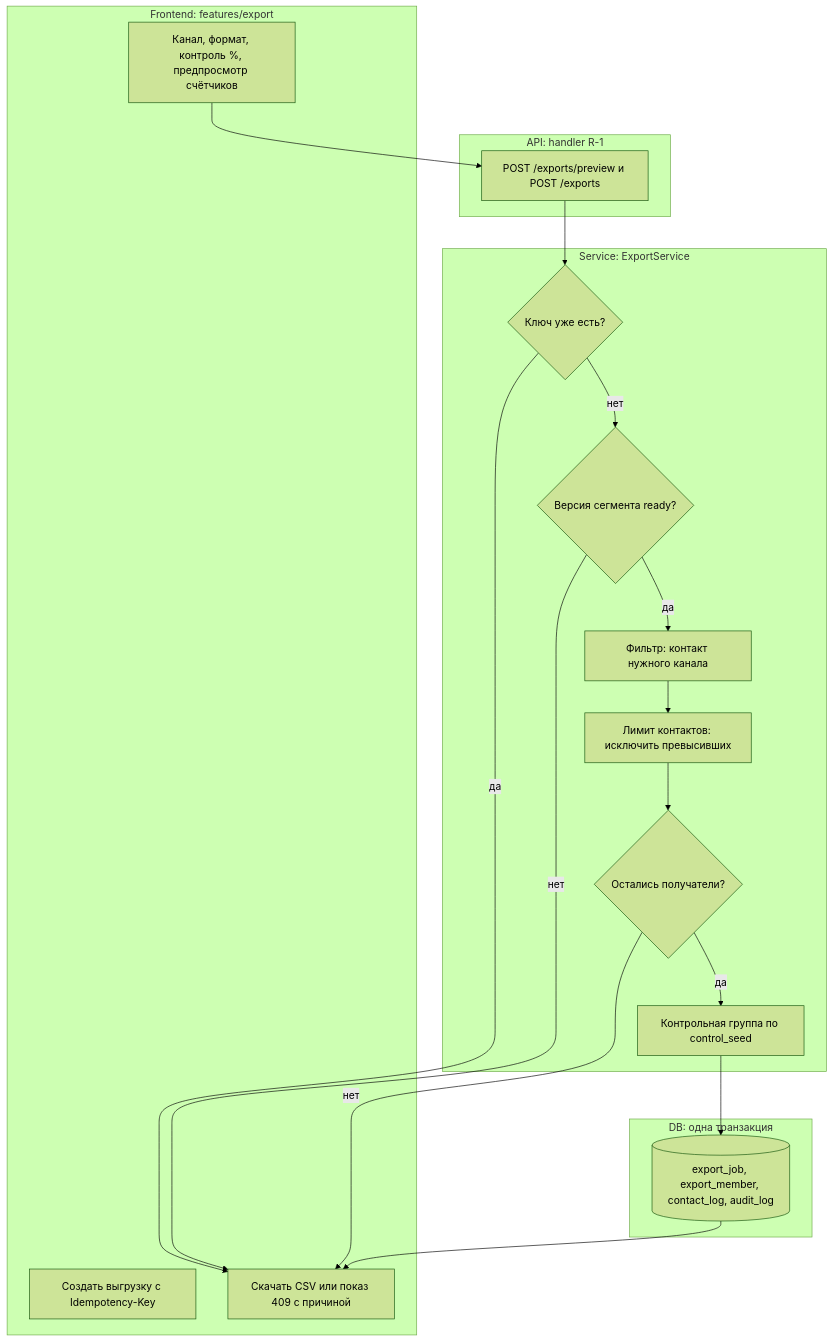
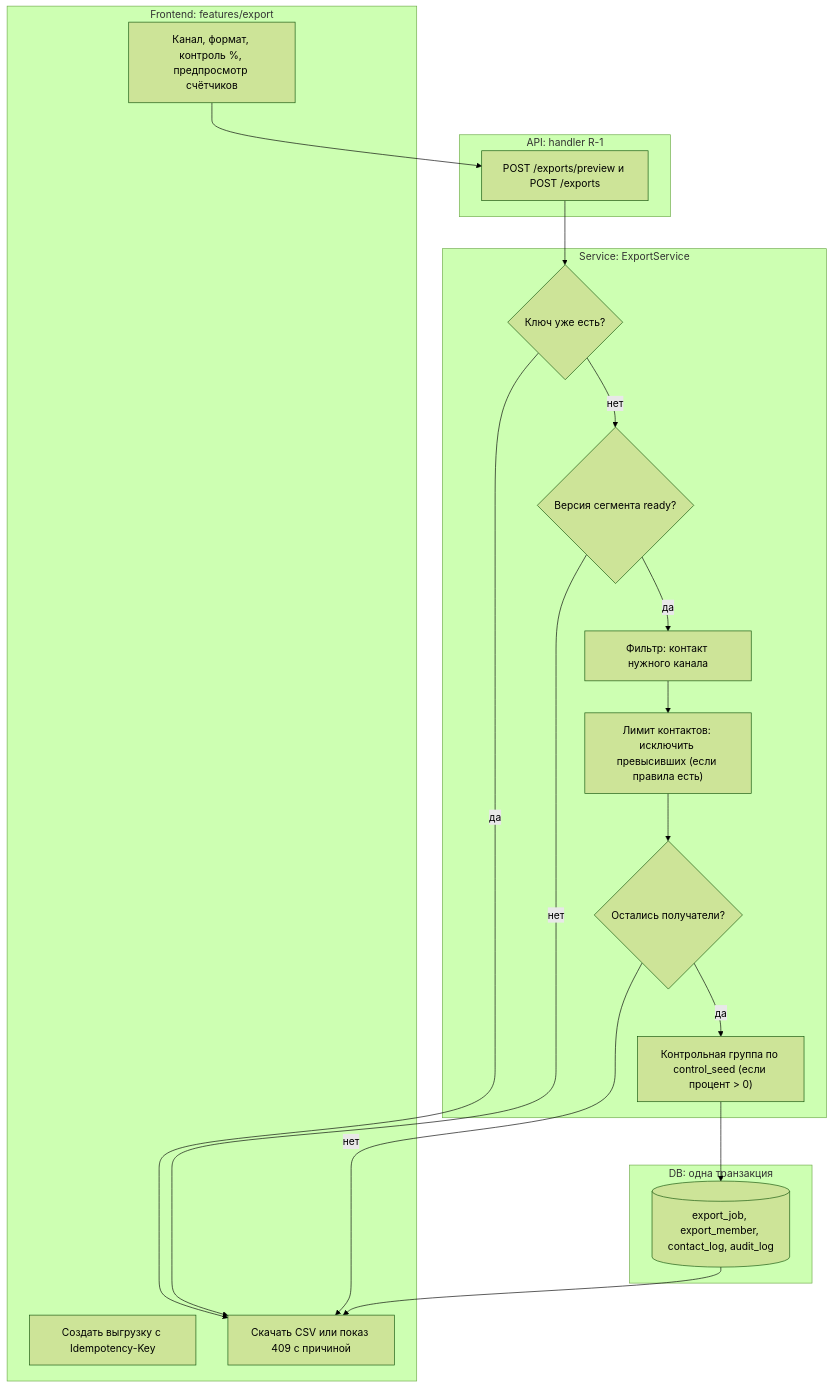
One commit to MangriMen/UCRP changed the sixth of 6 diagrams in docs/08-activity-diagrams.md. Above: the diagram before and after it, drawn with Mermaid (forest theme). The commit also changed other lines of this file and 20 other files, not shown here.

````diff
--- a/docs/08-activity-diagrams.md
+++ b/docs/08-activity-diagrams.md
@@ -217,29 +217,29 @@
 ```mermaid
 flowchart TB
   subgraph FE["Frontend: features/export"]
     F1["Канал, формат, контроль %, предпросмотр счётчиков"]
     F2["Создать выгрузку с Idempotency-Key"]
     F3["Скачать CSV или показ 409 с причиной"]
   end
   subgraph API["API: handler R-1"]
     A1["POST /exports/preview и POST /exports"]
   end
   subgraph SVC["Service: ExportService"]
     S1{"Ключ уже есть?"}
     S2{"Версия сегмента ready?"}
     S3["Фильтр: контакт нужного канала"]
-    S4["Лимит контактов: исключить превысивших"]
+    S4["Лимит контактов: исключить превысивших (если правила есть)"]
     S5{"Остались получатели?"}
-    S6["Контрольная группа по control_seed"]
+    S6["Контрольная группа по control_seed (если процент > 0)"]
   end
   subgraph DB["DB: одна транзакция"]
     D1[("export_job, export_member, contact_log, audit_log")]
   end
   F1 --> A1 --> S1
   S1 -- да --> F3
   S1 -- нет --> S2
   S2 -- нет --> F3
   S2 -- да --> S3 --> S4 --> S5
   S5 -- нет --> F3
   S5 -- да --> S6 --> D1 --> F3
 ```
````
